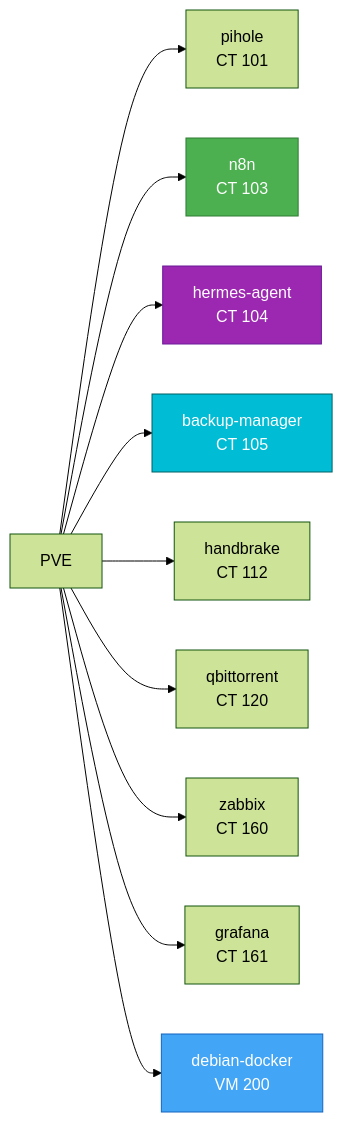
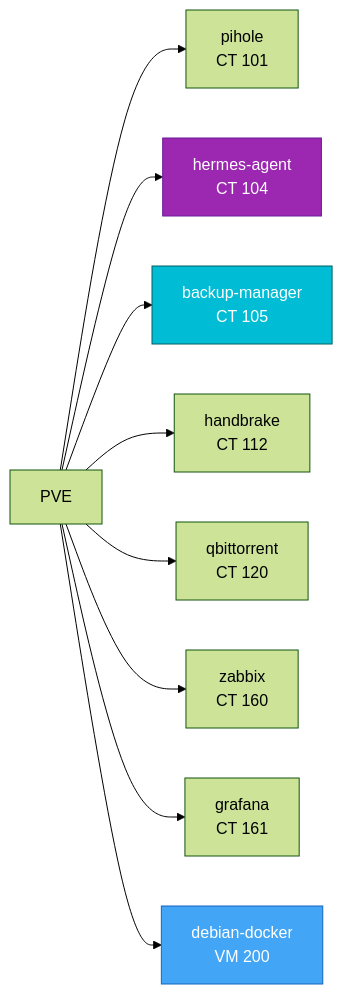
The diagram in docs/proxmox-setup.md (mviniciusy/vvy-homelab), drawn with Mermaid (forest theme) before and after one commit. The commit also changed other lines of this file and 7 other files, not shown here.

````diff
--- a/docs/proxmox-setup.md
+++ b/docs/proxmox-setup.md
@@ -15,18 +15,16 @@
 ```mermaid
 graph LR
     PVE --> LXC101[pihole<br/>CT 101]
    
-    PVE --> LXC103[n8n<br/>CT 103]
     PVE --> LXC104[hermes-agent<br/>CT 104]
     PVE --> LXC105[backup-manager<br/>CT 105]
     PVE --> LXC112[handbrake<br/>CT 112]
     PVE --> LXC120[qbittorrent<br/>CT 120]
     PVE --> LXC160[zabbix<br/>CT 160]
     PVE --> LXC161[grafana<br/>CT 161]
     PVE --> VM200[debian-docker<br/>VM 200]
 
-       style LXC103 fill:#4caf50,stroke:#2e7d32,color:#fff
     style LXC104 fill:#9c27b0,stroke:#6a1b9a,color:#fff
     style LXC105 fill:#00bcd4,stroke:#006064,color:#fff
     style VM200 fill:#42a5f5,stroke:#1565c0,color:#fff
 ```
````
